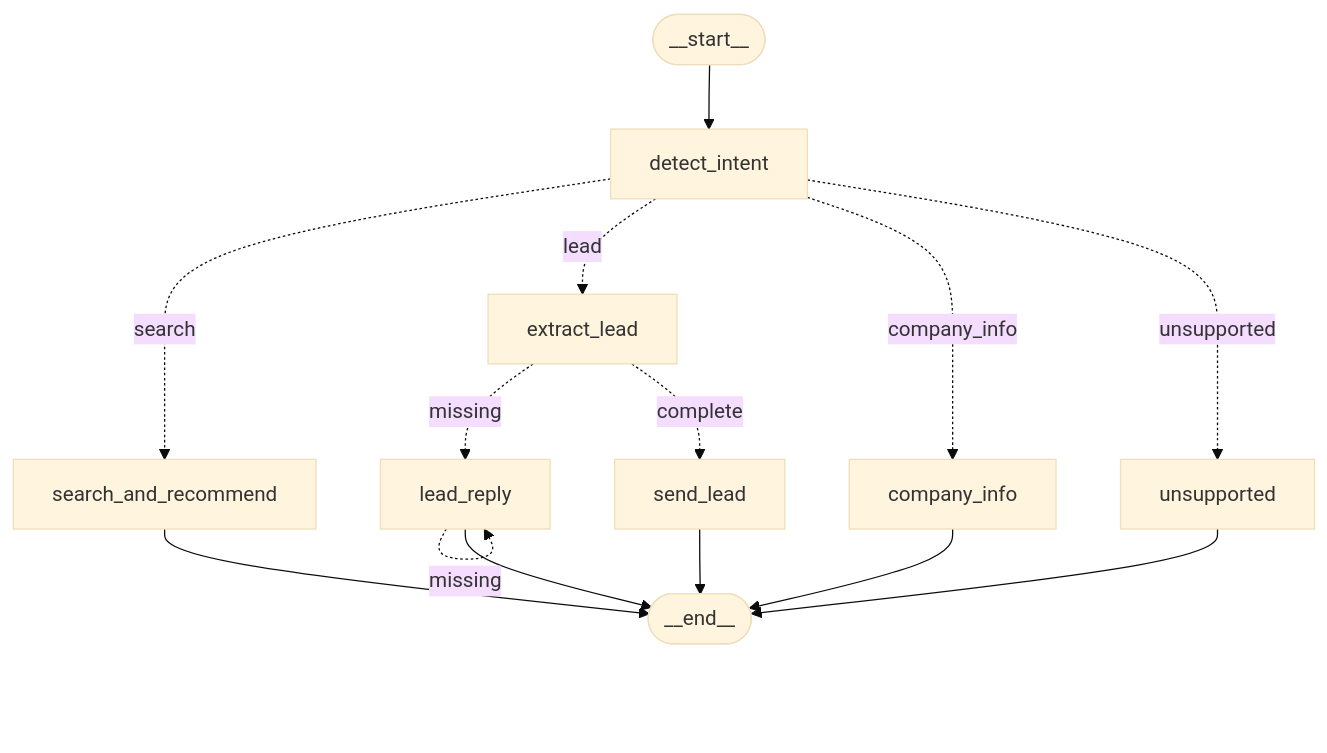
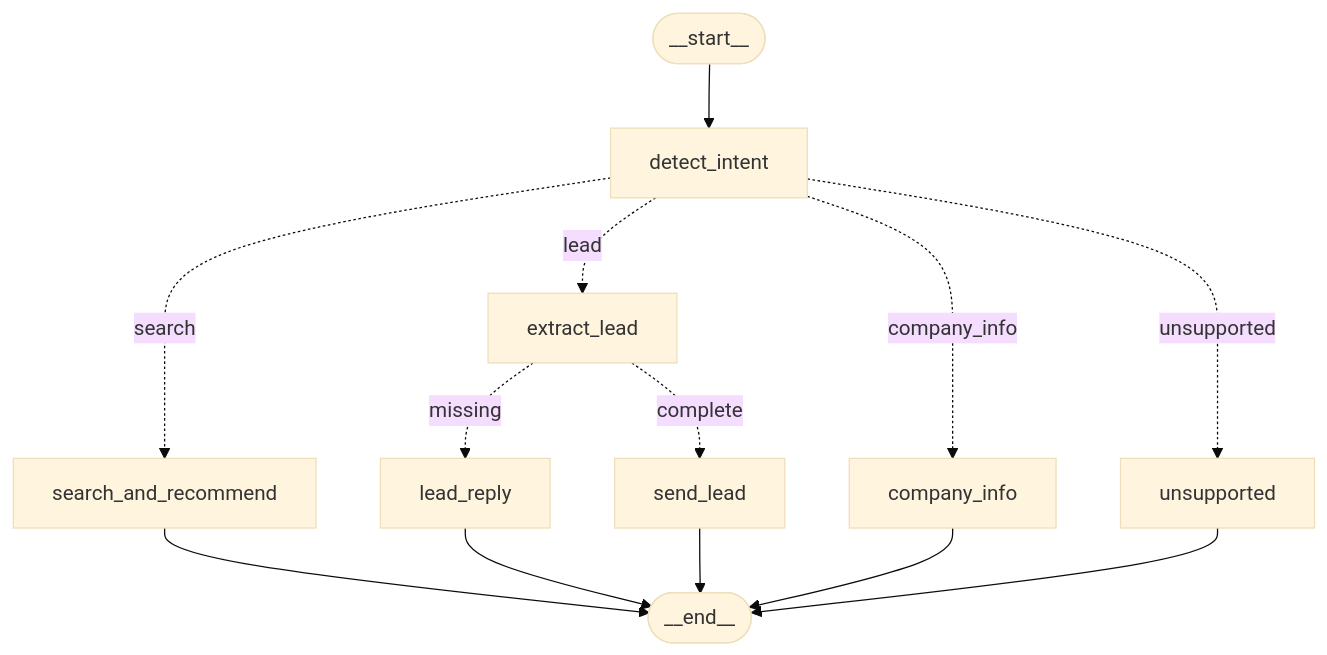
One commit to AhmedAshraf4/Apartment-Recommendation-Chatbot changed the second of 2 diagrams in README.md. Above: the diagram before and after it, drawn with Mermaid (base theme). The commit also changed other lines of this file, not shown here.

````diff
--- a/README.md
+++ b/README.md
@@ -627,29 +625,28 @@
 ```mermaid
 graph TD
     start([__start__]):::first
     detect_intent[detect_intent]
     search_and_recommend[search_and_recommend]
     company_info[company_info]
     extract_lead[extract_lead]
     lead_reply[lead_reply]
     send_lead[send_lead]
     unsupported[unsupported]
     finish([__end__]):::last
 
     start --> detect_intent
 
     company_info --> finish
-    lead_reply -. missing .-> lead_reply
     lead_reply --> finish
     search_and_recommend --> finish
     send_lead --> finish
     unsupported --> finish
 
     detect_intent -. search .-> search_and_recommend
     detect_intent -. lead .-> extract_lead
     detect_intent -. company_info .-> company_info
     detect_intent -. unsupported .-> unsupported
 
     extract_lead -. missing .-> lead_reply
     extract_lead -. complete .-> send_lead
 ```
````
